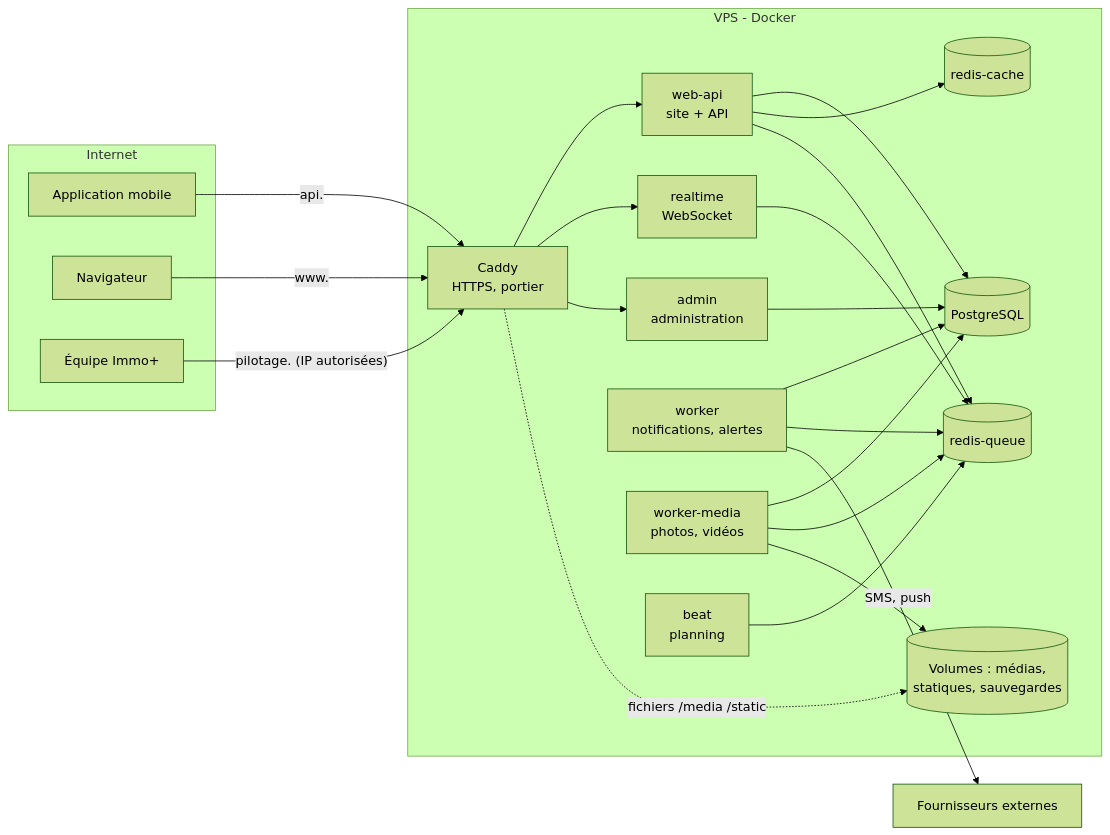
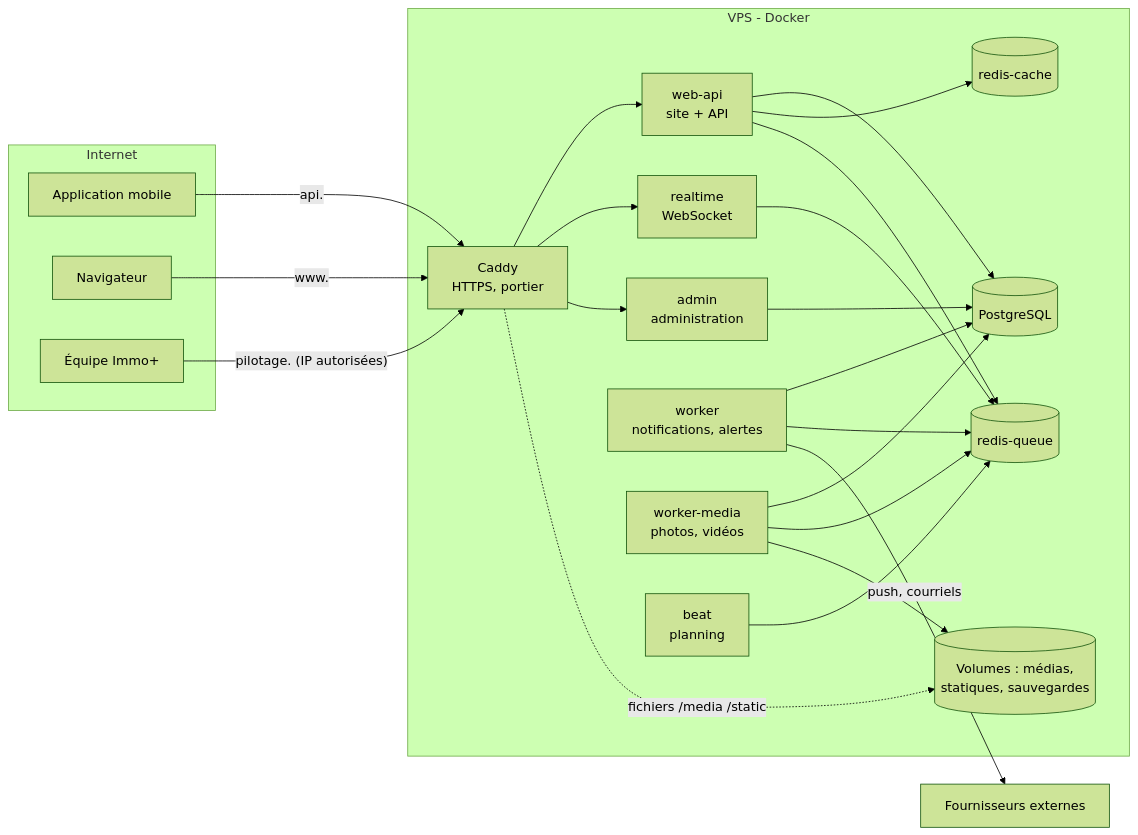
The first of 2 diagrams in docs/comprendre-immoplus.md (romeolontchedji/immoplus), drawn with Mermaid (forest theme) before and after one commit. The commit also changed other lines of this file and 16 other files, not shown here.

````diff
--- a/docs/comprendre-immoplus.md
+++ b/docs/comprendre-immoplus.md
@@ -108,40 +110,40 @@
 ```mermaid
 flowchart LR
   subgraph Internet
     A[Application mobile]
     B[Navigateur]
     C[Équipe Immo+]
   end
   subgraph Serveur[VPS - Docker]
     K[Caddy<br/>HTTPS, portier]
     W[web-api<br/>site + API]
     R[realtime<br/>WebSocket]
     D[admin<br/>administration]
     WK[worker<br/>notifications, alertes]
     WM[worker-media<br/>photos, vidéos]
     BT[beat<br/>planning]
     PG[(PostgreSQL)]
     RC[(redis-cache)]
     RQ[(redis-queue)]
     V[(Volumes : médias,<br/>statiques, sauvegardes)]
   end
   A -- "api." --> K
   B -- "www." --> K
   C -- "pilotage. (IP autorisées)" --> K
   K --> W
   K --> R
   K --> D
   K -. "fichiers /media /static" .-> V
   W --> PG
   W --> RC
   W --> RQ
   R --> RQ
   D --> PG
   WK --> PG
   WK --> RQ
   WM --> PG
   WM --> RQ
   WM --> V
   BT --> RQ
-  WK -- "SMS, push" --> Ext[Fournisseurs externes]
+  WK -- "push, courriels" --> Ext[Fournisseurs externes]
 ```
````
